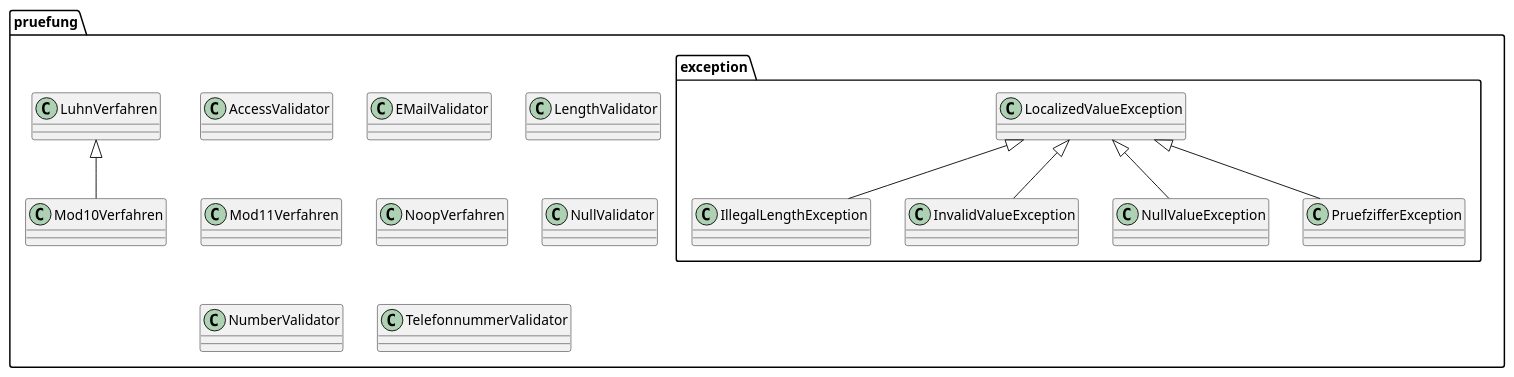
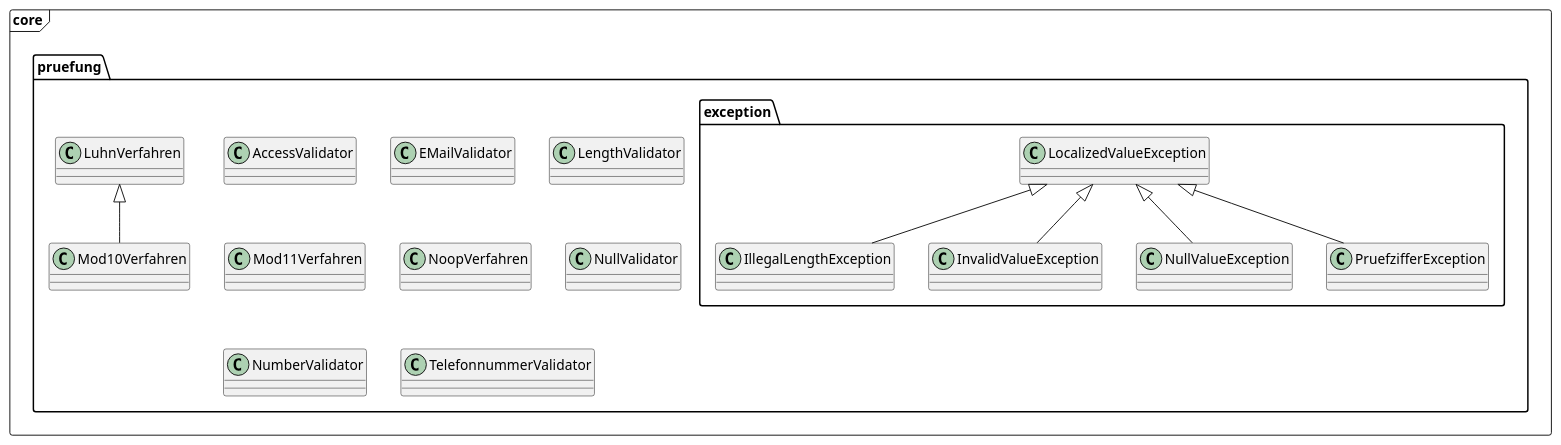
Before and after one commit to oboehm/jfachwert: the diagram in src/main/asciidoc/images/package-pruefung.puml, drawn with PlantUML. The commit also changed 6 other files, not shown here.

```diff
--- a/src/main/asciidoc/images/package-pruefung.puml
+++ b/src/main/asciidoc/images/package-pruefung.puml
@@ -1,33 +1,37 @@
 @startuml
 
-package "pruefung" {
+frame "core" {
 
-    class AccessValidator
-    class EMailValidator
-    class LengthValidator
-    class Mod11Verfahren
-    class Mod10Verfahren
-    class LuhnVerfahren
-    class NoopVerfahren
-    class NullValidator
-    class NumberValidator
-    class TelefonnummerValidator
+    package "pruefung" {
 
-    package "exception" {
-        class IllegalLengthException
-        class InvalidValueException
-        class LocalizedValueException
-        class NullValueException
-        class PruefzifferException
+        class AccessValidator
+        class EMailValidator
+        class LengthValidator
+        class Mod11Verfahren
+        class Mod10Verfahren
+        class LuhnVerfahren
+        class NoopVerfahren
+        class NullValidator
+        class NumberValidator
+        class TelefonnummerValidator
+
+        package "exception" {
+            class IllegalLengthException
+            class InvalidValueException
+            class LocalizedValueException
+            class NullValueException
+            class PruefzifferException
+        }
+
     }
 
 }
 
 LuhnVerfahren <|-- Mod10Verfahren
 
 LocalizedValueException <|-- IllegalLengthException
 LocalizedValueException <|-- InvalidValueException
 LocalizedValueException <|-- NullValueException
 LocalizedValueException <|-- PruefzifferException
 
 @enduml
```
